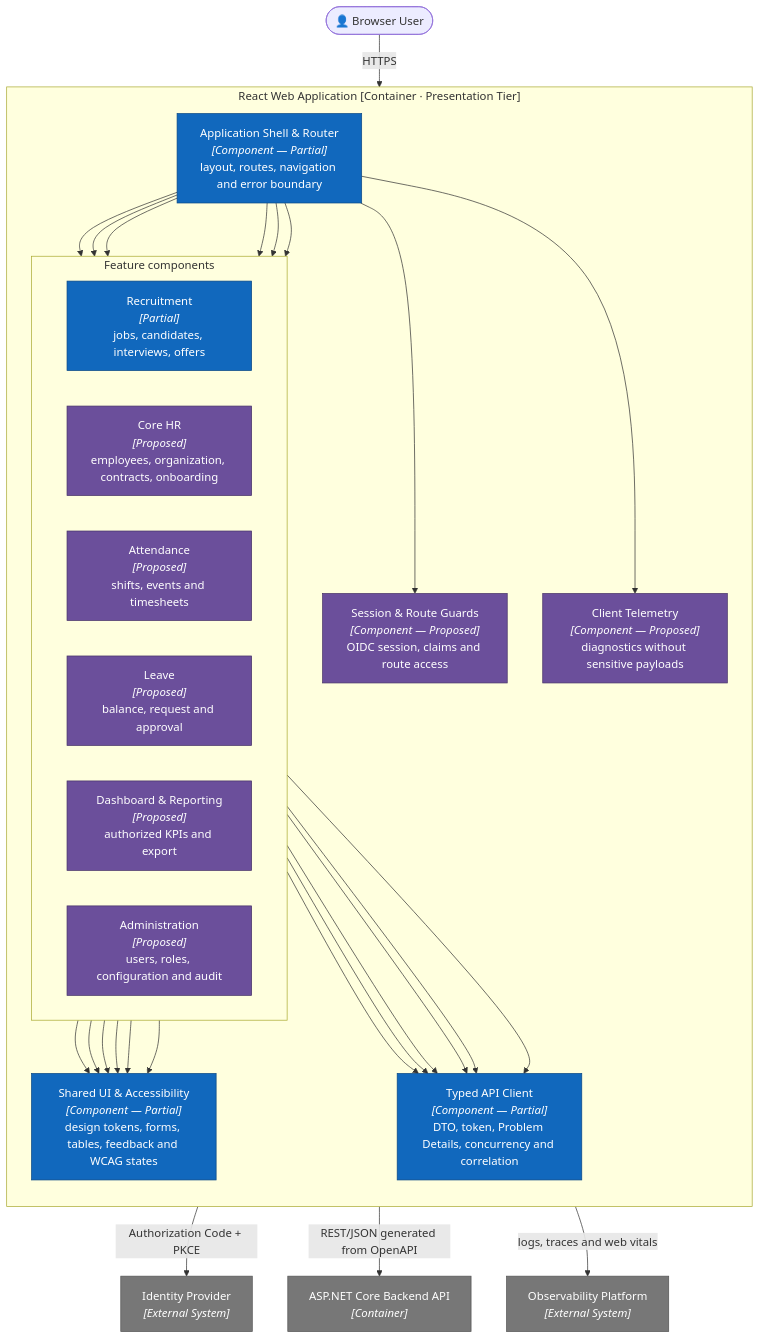
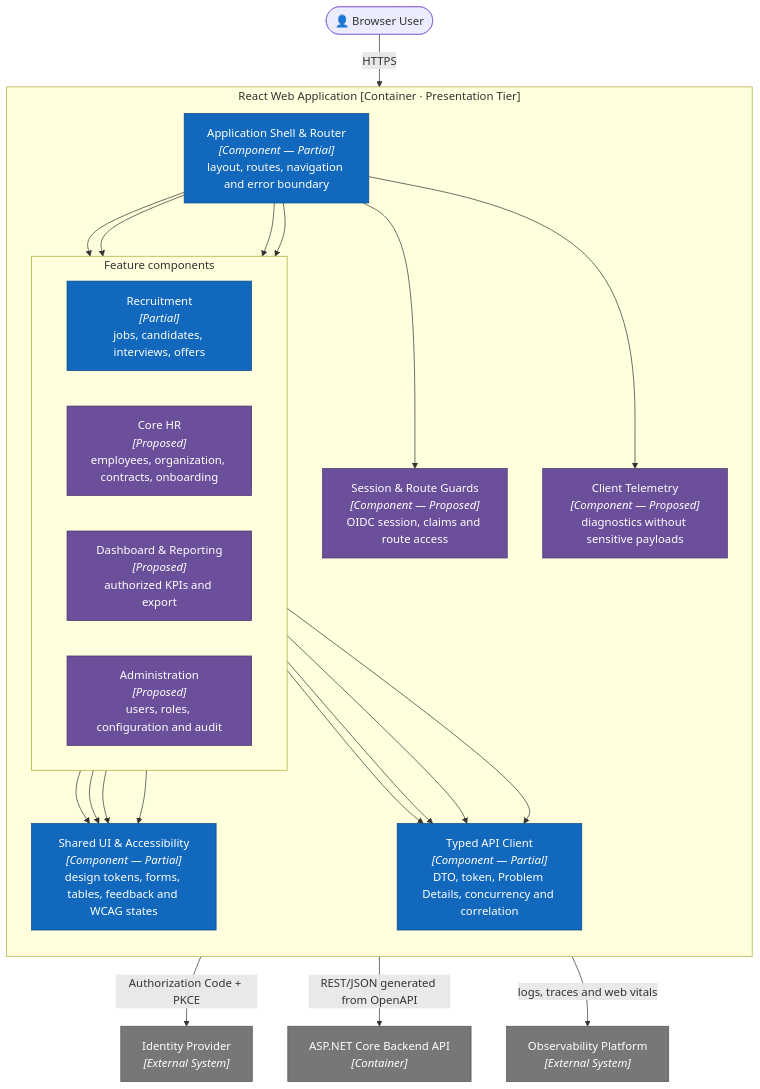
The fourth of 12 diagrams in docs/architecture.md (nvdat16/QLNS), drawn with Mermaid before and after one commit. The commit also changed other lines of this file and 20 other files, not shown here.

````diff
--- a/docs/architecture.md
+++ b/docs/architecture.md
@@ -242,62 +236,54 @@
 ```mermaid
 flowchart TB
     user(["👤 Browser User"])
     api["ASP.NET Core Backend API<br/><i>[Container]</i>"]
     idp["Identity Provider<br/><i>[External System]</i>"]
     observe["Observability Platform<br/><i>[External System]</i>"]
 
     subgraph web["React Web Application [Container · Presentation Tier]"]
         direction TB
         shell["Application Shell & Router<br/><i>[Component — Partial]</i><br/>layout, routes, navigation and error boundary"]
         auth["Session & Route Guards<br/><i>[Component — Proposed]</i><br/>OIDC session, claims and route access"]
 
         subgraph features["Feature components"]
             direction LR
             recruitment["Recruitment<br/><i>[Partial]</i><br/>jobs, candidates, interviews, offers"]
             corehr["Core HR<br/><i>[Proposed]</i><br/>employees, organization, contracts, onboarding"]
-            attendance["Attendance<br/><i>[Proposed]</i><br/>shifts, events and timesheets"]
-            leave["Leave<br/><i>[Proposed]</i><br/>balance, request and approval"]
             reporting["Dashboard & Reporting<br/><i>[Proposed]</i><br/>authorized KPIs and export"]
             administration["Administration<br/><i>[Proposed]</i><br/>users, roles, configuration and audit"]
         end
 
         shared["Shared UI & Accessibility<br/><i>[Component — Partial]</i><br/>design tokens, forms, tables, feedback and WCAG states"]
         client["Typed API Client<br/><i>[Component — Partial]</i><br/>DTO, token, Problem Details, concurrency and correlation"]
         telemetry["Client Telemetry<br/><i>[Component — Proposed]</i><br/>diagnostics without sensitive payloads"]
 
         shell --> auth
         shell --> recruitment
         shell --> corehr
-        shell --> attendance
-        shell --> leave
         shell --> reporting
         shell --> administration
 
         recruitment --> shared
         corehr --> shared
-        attendance --> shared
-        leave --> shared
         reporting --> shared
         administration --> shared
 
         recruitment --> client
         corehr --> client
-        attendance --> client
-        leave --> client
         reporting --> client
         administration --> client
         shell --> telemetry
     end
 
     user -->|HTTPS| shell
     auth -->|"Authorization Code + PKCE"| idp
     client -->|"REST/JSON generated from OpenAPI"| api
     telemetry -->|"logs, traces and web vitals"| observe
 
     classDef partial fill:#1168bd,color:#fff,stroke:#0b4884
     classDef proposed fill:#6b4f9b,color:#fff,stroke:#463267
     classDef external fill:#777,color:#fff,stroke:#555
     class shell,recruitment,shared,client partial
-    class auth,corehr,attendance,leave,reporting,administration,telemetry proposed
+    class auth,corehr,reporting,administration,telemetry proposed
     class api,idp,observe external
 ```
````
